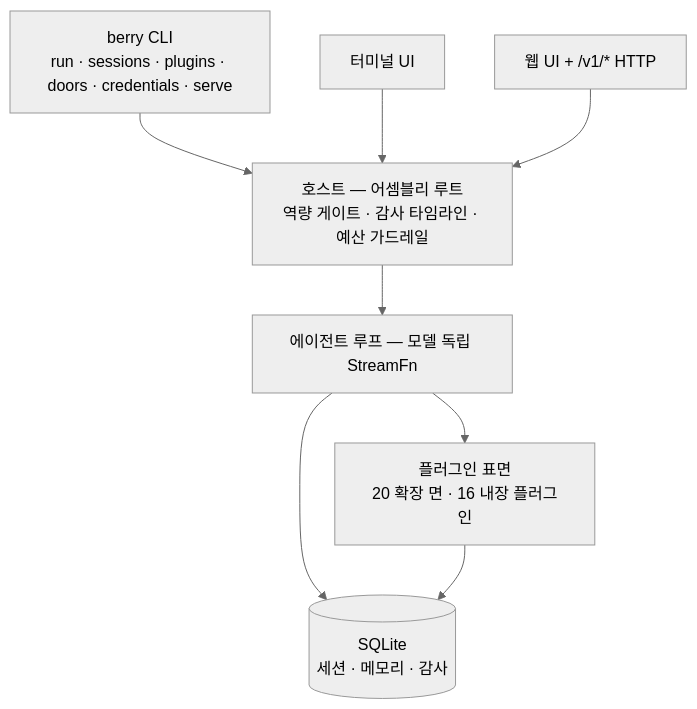
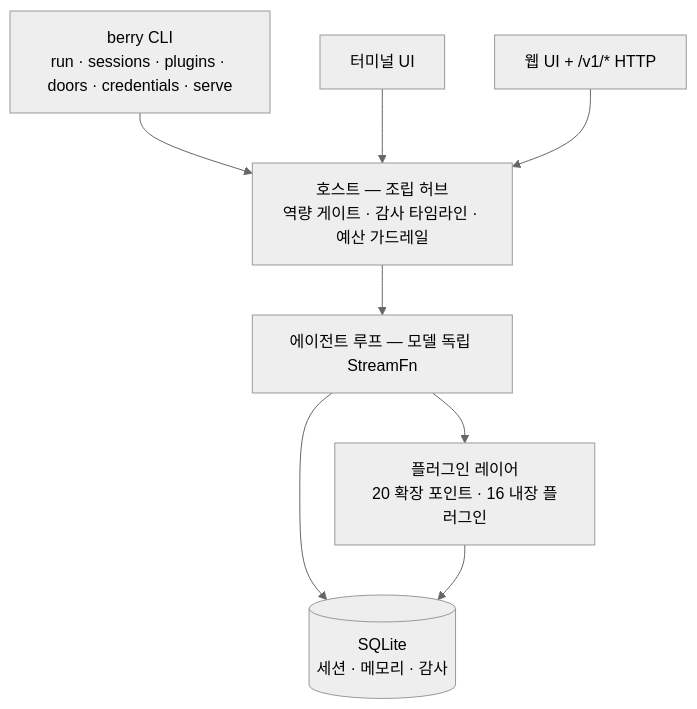
Before and after one commit to miuiadmin/berry-agent: the diagram in README.ko.md, drawn with Mermaid (neutral theme). The commit also changed other lines of this file and 7 other files, not shown here.

First line of the commit message:
fix(copy): 公开文档面全域收割——五语 mermaid 旧族（assembly root/Plugin surface/20 extension faces→hub/layer/points）+ 装载体句 surface→mechanism + ko 网络表面→行为 + usage 件族四处 + 篇号引用四处摘除（wf_db273e73 docs-P1/P2+anchor，六语同批随行律）

````diff
--- a/README.ko.md
+++ b/README.ko.md
@@ -171,17 +171,17 @@
 ```mermaid
 graph TD
     CLI["berry CLI<br/>run · sessions · plugins · doors · credentials · serve"]
     TUI["터미널 UI"]
     WEB["웹 UI + /v1/* HTTP"]
-    HOST["호스트 — 어셈블리 루트<br/>역량 게이트 · 감사 타임라인 · 예산 가드레일"]
+    HOST["호스트 — 조립 허브<br/>역량 게이트 · 감사 타임라인 · 예산 가드레일"]
     LOOP["에이전트 루프 — 모델 독립 StreamFn"]
-    PLUGINS["플러그인 표면<br/>20 확장 면 · 16 내장 플러그인"]
+    PLUGINS["플러그인 레이어<br/>20 확장 포인트 · 16 내장 플러그인"]
     STORE[("SQLite<br/>세션 · 메모리 · 감사")]
     CLI --> HOST
     TUI --> HOST
     WEB --> HOST
     HOST --> LOOP
     LOOP --> PLUGINS
     LOOP --> STORE
     PLUGINS --> STORE
 ```
````
